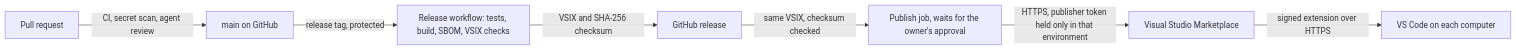
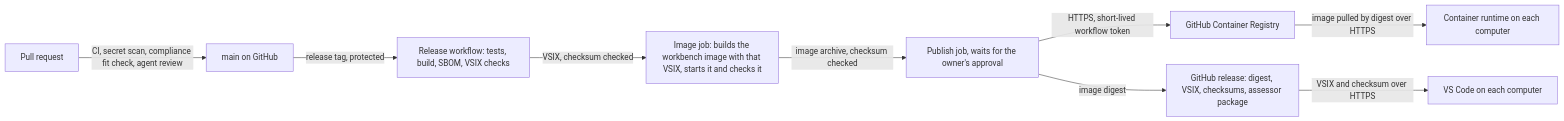
Before and after one commit to VitalPointAI/near-ai-vscode: the fourth of 5 diagrams in docs/security/data-flow.md, drawn with Mermaid. The commit also changed other lines of this file and 7 other files, not shown here.

First line of the commit message:
docs: describe container releases, the workbench image and the hosting plan

````diff
--- a/docs/security/data-flow.md
+++ b/docs/security/data-flow.md
@@ -88,9 +88,11 @@
 ```mermaid
 flowchart LR
-  DEV["Pull request"] -- "CI, secret scan, agent review" --> MAIN["main on GitHub"]
+  DEV["Pull request"] -- "CI, secret scan, compliance fit check, agent review" --> MAIN["main on GitHub"]
   MAIN -- "release tag, protected" --> BUILD["Release workflow: tests, build, SBOM, VSIX checks"]
-  BUILD -- "VSIX and SHA-256 checksum" --> GHR["GitHub release"]
-  GHR -- "same VSIX, checksum checked" --> PUB["Publish job, waits for the owner's approval"]
-  PUB -- "HTTPS, publisher token held only in that environment" --> MKT["Visual Studio Marketplace"]
-  MKT -- "signed extension over HTTPS" --> USER["VS Code on each computer"]
+  BUILD -- "VSIX, checksum checked" --> IMG["Image job: builds the workbench image with that VSIX, starts it and checks it"]
+  IMG -- "image archive, checksum checked" --> PUB["Publish job, waits for the owner's approval"]
+  PUB -- "HTTPS, short-lived workflow token" --> GHCR["GitHub Container Registry"]
+  PUB -- "image digest" --> GHR["GitHub release: digest, VSIX, checksums, assessor package"]
+  GHCR -- "image pulled by digest over HTTPS" --> USER["Container runtime on each computer"]
+  GHR -- "VSIX and checksum over HTTPS" --> VSC["VS Code on each computer"]
 ```
````
